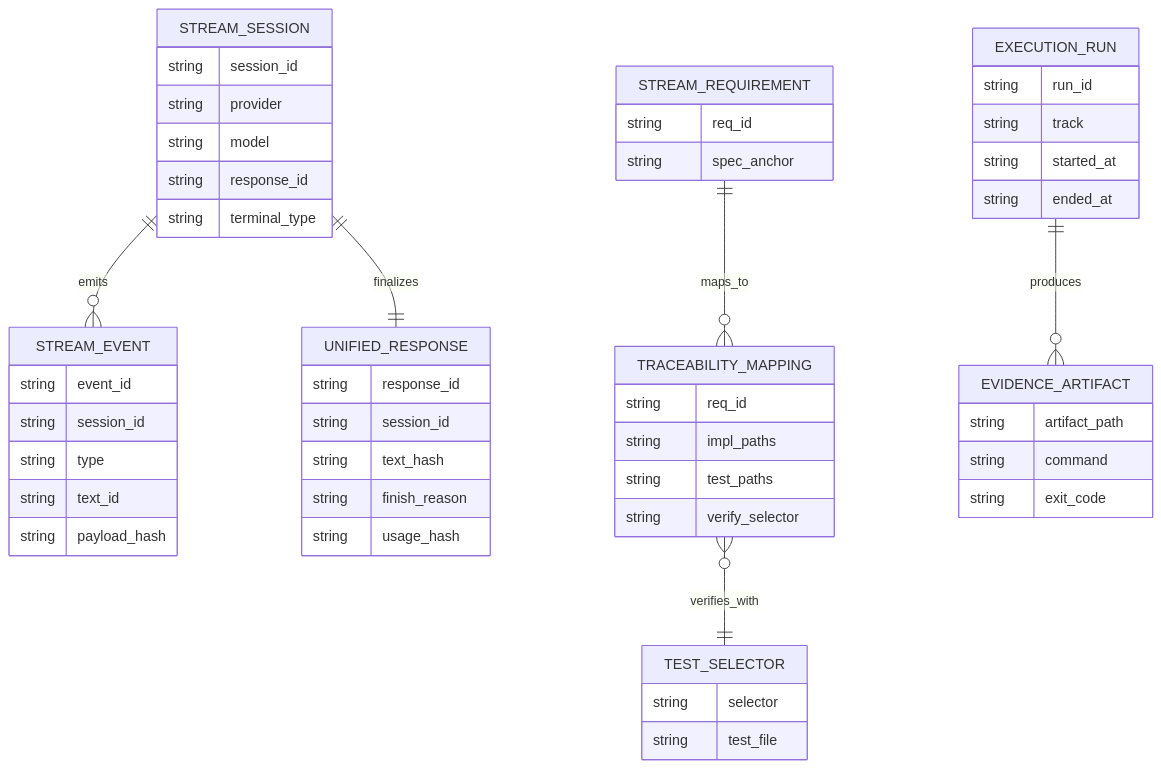
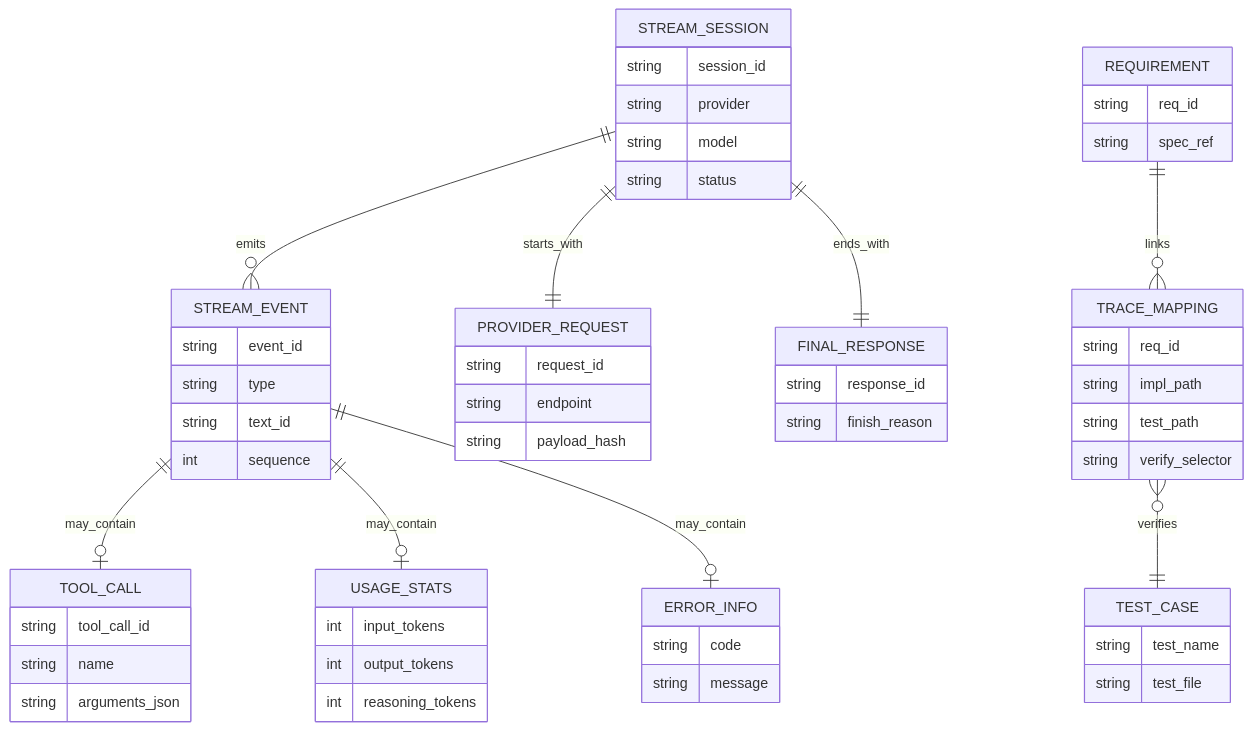
One commit to jaytaylor/attractor-tcl changed the second of 5 diagrams in docs/sprints/SPRINT-005-comprehensive-implementation-plan.md. Above: the diagram before and after it, drawn with Mermaid. The commit also changed other lines of this file, not shown here.

````diff
--- a/docs/sprints/SPRINT-005-comprehensive-implementation-plan.md
+++ b/docs/sprints/SPRINT-005-comprehensive-implementation-plan.md
@@ -862,62 +643,61 @@
 ```mermaid
 erDiagram
   STREAM_SESSION ||--o{ STREAM_EVENT : emits
-  STREAM_SESSION ||--|| UNIFIED_RESPONSE : finalizes
-  STREAM_REQUIREMENT ||--o{ TRACEABILITY_MAPPING : maps_to
-  TRACEABILITY_MAPPING }o--|| TEST_SELECTOR : verifies_with
-  EXECUTION_RUN ||--o{ EVIDENCE_ARTIFACT : produces
+  STREAM_SESSION ||--|| PROVIDER_REQUEST : starts_with
+  STREAM_SESSION ||--|| FINAL_RESPONSE : ends_with
+  STREAM_EVENT ||--o| TOOL_CALL : may_contain
+  STREAM_EVENT ||--o| USAGE_STATS : may_contain
+  STREAM_EVENT ||--o| ERROR_INFO : may_contain
+  REQUIREMENT ||--o{ TRACE_MAPPING : links
+  TRACE_MAPPING }o--|| TEST_CASE : verifies
 
   STREAM_SESSION {
     string session_id
     string provider
     string model
-    string response_id
-    string terminal_type
+    string status
   }
-
+  PROVIDER_REQUEST {
+    string request_id
+    string endpoint
+    string payload_hash
+  }
   STREAM_EVENT {
     string event_id
-    string session_id
     string type
     string text_id
-    string payload_hash
+    int sequence
   }
-
-  UNIFIED_RESPONSE {
+  TOOL_CALL {
+    string tool_call_id
+    string name
+    string arguments_json
+  }
+  USAGE_STATS {
+    int input_tokens
+    int output_tokens
+    int reasoning_tokens
+  }
+  ERROR_INFO {
+    string code
+    string message
+  }
+  FINAL_RESPONSE {
     string response_id
-    string session_id
-    string text_hash
     string finish_reason
-    string usage_hash
   }
-
-  STREAM_REQUIREMENT {
+  REQUIREMENT {
     string req_id
-    string spec_anchor
+    string spec_ref
   }
-
-  TRACEABILITY_MAPPING {
+  TRACE_MAPPING {
     string req_id
-    string impl_paths
-    string test_paths
+    string impl_path
+    string test_path
     string verify_selector
   }
-
-  TEST_SELECTOR {
-    string selector
+  TEST_CASE {
+    string test_name
     string test_file
   }
-
-  EXECUTION_RUN {
-    string run_id
-    string track
-    string started_at
-    string ended_at
-  }
-
-  EVIDENCE_ARTIFACT {
-    string artifact_path
-    string command
-    string exit_code
-  }
 ```
````
